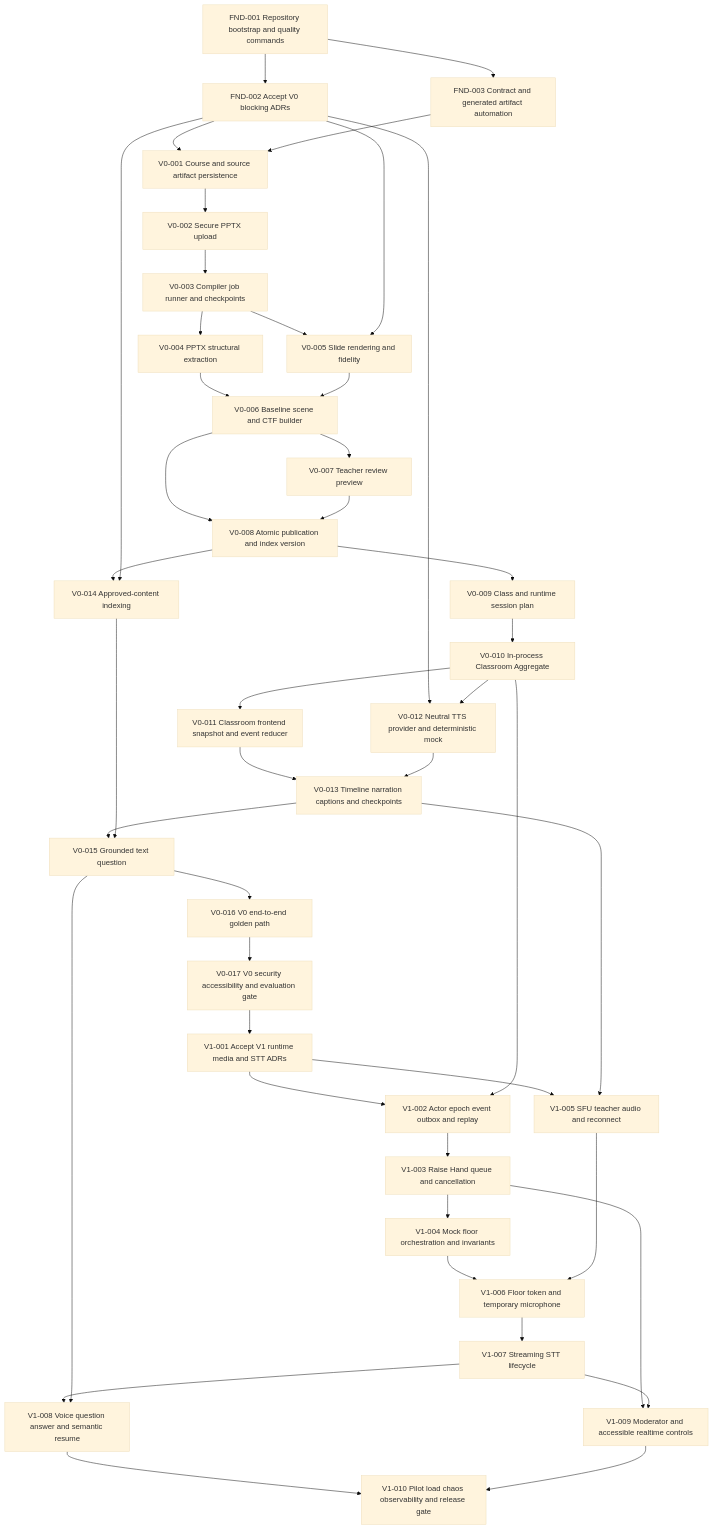
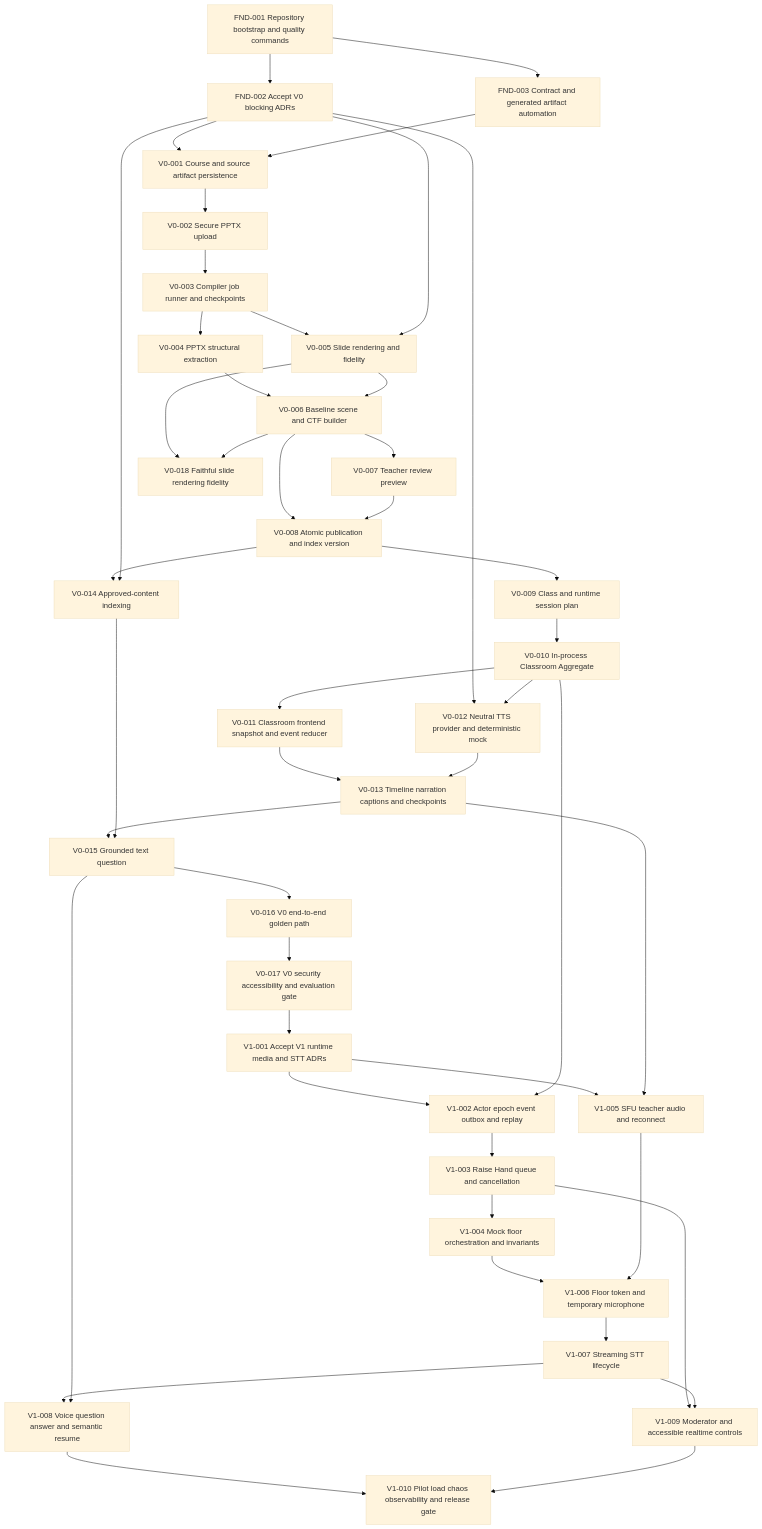
The diagram in tasks/DEPENDENCY_GRAPH.md (dnguyen24498/Mentora), drawn with Mermaid (base theme) before and after one commit. The commit also changed 27 other files, not shown here.

First line of the commit message:
feat(compiler): V0-018 faithful slide rendering

````diff
--- a/tasks/DEPENDENCY_GRAPH.md
+++ b/tasks/DEPENDENCY_GRAPH.md
@@ -3,76 +3,79 @@
 ```mermaid
 graph TD
   FND_001["FND-001 Repository bootstrap and quality commands"]
   FND_002["FND-002 Accept V0 blocking ADRs"]
   FND_001 --> FND_002
   FND_003["FND-003 Contract and generated artifact automation"]
   FND_001 --> FND_003
   V0_001["V0-001 Course and source artifact persistence"]
   FND_002 --> V0_001
   FND_003 --> V0_001
   V0_002["V0-002 Secure PPTX upload"]
   V0_001 --> V0_002
   V0_003["V0-003 Compiler job runner and checkpoints"]
   V0_002 --> V0_003
   V0_004["V0-004 PPTX structural extraction"]
   V0_003 --> V0_004
   V0_005["V0-005 Slide rendering and fidelity"]
   V0_003 --> V0_005
   FND_002 --> V0_005
   V0_006["V0-006 Baseline scene and CTF builder"]
   V0_004 --> V0_006
   V0_005 --> V0_006
   V0_007["V0-007 Teacher review preview"]
   V0_006 --> V0_007
   V0_008["V0-008 Atomic publication and index version"]
   V0_006 --> V0_008
   V0_007 --> V0_008
   V0_009["V0-009 Class and runtime session plan"]
   V0_008 --> V0_009
   V0_010["V0-010 In-process Classroom Aggregate"]
   V0_009 --> V0_010
   V0_011["V0-011 Classroom frontend snapshot and event reducer"]
   V0_010 --> V0_011
   V0_012["V0-012 Neutral TTS provider and deterministic mock"]
   FND_002 --> V0_012
   V0_010 --> V0_012
   V0_013["V0-013 Timeline narration captions and checkpoints"]
   V0_011 --> V0_013
   V0_012 --> V0_013
   V0_014["V0-014 Approved-content indexing"]
   V0_008 --> V0_014
   FND_002 --> V0_014
   V0_015["V0-015 Grounded text question"]
   V0_013 --> V0_015
   V0_014 --> V0_015
   V0_016["V0-016 V0 end-to-end golden path"]
   V0_015 --> V0_016
   V0_017["V0-017 V0 security accessibility and evaluation gate"]
   V0_016 --> V0_017
+  V0_018["V0-018 Faithful slide rendering fidelity"]
+  V0_005 --> V0_018
+  V0_006 --> V0_018
   V1_001["V1-001 Accept V1 runtime media and STT ADRs"]
   V0_017 --> V1_001
   V1_002["V1-002 Actor epoch event outbox and replay"]
   V1_001 --> V1_002
   V0_010 --> V1_002
   V1_003["V1-003 Raise Hand queue and cancellation"]
   V1_002 --> V1_003
   V1_004["V1-004 Mock floor orchestration and invariants"]
   V1_003 --> V1_004
   V1_005["V1-005 SFU teacher audio and reconnect"]
   V1_001 --> V1_005
   V0_013 --> V1_005
   V1_006["V1-006 Floor token and temporary microphone"]
   V1_004 --> V1_006
   V1_005 --> V1_006
   V1_007["V1-007 Streaming STT lifecycle"]
   V1_006 --> V1_007
   V1_008["V1-008 Voice question answer and semantic resume"]
   V1_007 --> V1_008
   V0_015 --> V1_008
   V1_009["V1-009 Moderator and accessible realtime controls"]
   V1_003 --> V1_009
   V1_007 --> V1_009
   V1_010["V1-010 Pilot load chaos observability and release gate"]
   V1_008 --> V1_010
   V1_009 --> V1_010
 ```
````
